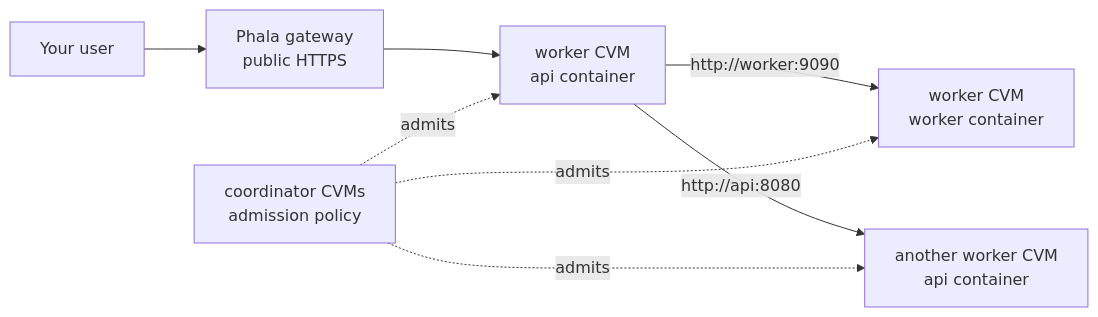
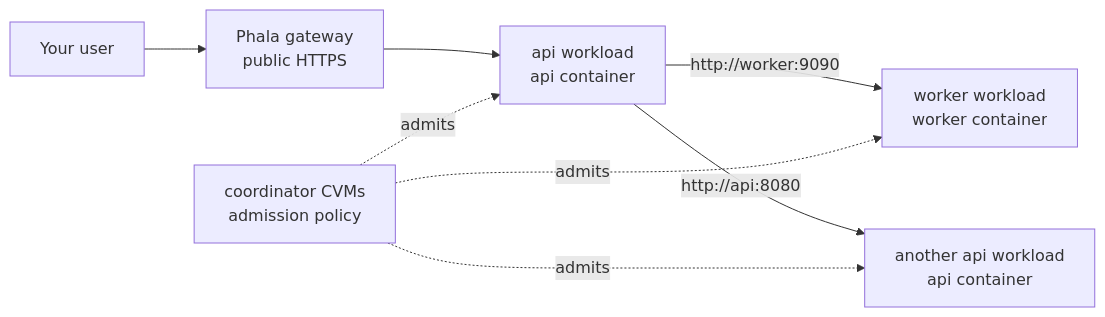
Before and after one commit to Dstack-TEE/service-mesh: the diagram in README.md, drawn with Mermaid. The commit also changed other lines of this file and 25 other files, not shown here.

````diff
--- a/README.md
+++ b/README.md
@@ -194,10 +173,10 @@
 ```mermaid
 flowchart LR
   user["Your user"] --> gateway["Phala gateway<br/>public HTTPS"]
-  gateway --> api1["worker CVM<br/>api container"]
-  api1 -->|"http://worker:9090"| worker1["worker CVM<br/>worker container"]
-  api1 -->|"http://api:8080"| api2["another worker CVM<br/>api container"]
+  gateway --> api1["api workload<br/>api container"]
+  api1 -->|"http://worker:9090"| worker1["worker workload<br/>worker container"]
+  api1 -->|"http://api:8080"| api2["another api workload<br/>api container"]
   coord["coordinator CVMs<br/>admission policy"] -. admits .-> api1
   coord -. admits .-> worker1
   coord -. admits .-> api2
 ```
````
